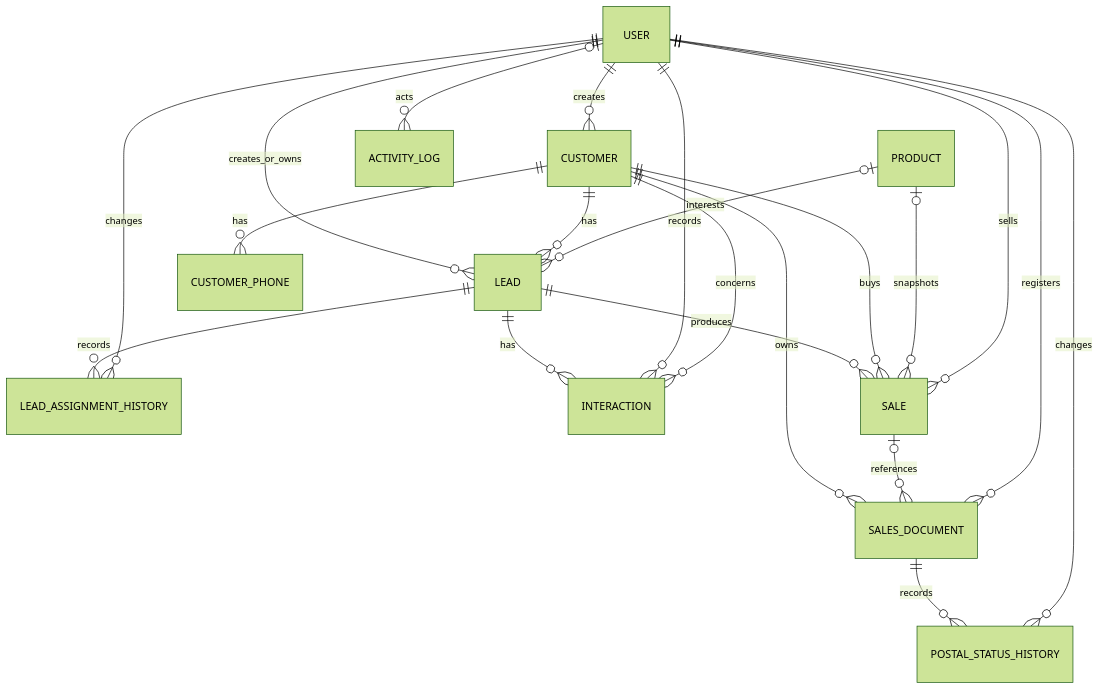
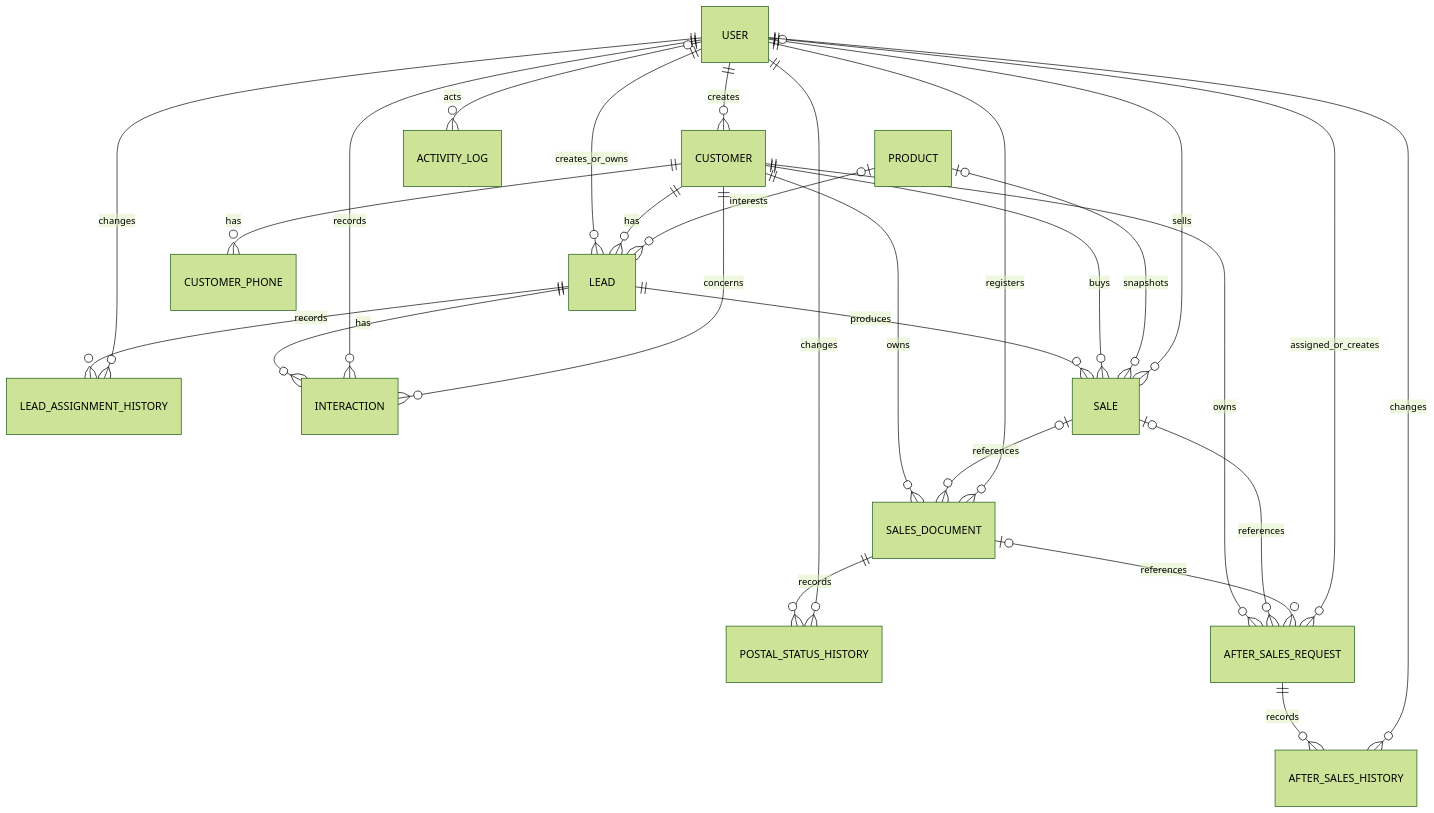
One commit to Ilia-Shakeri/Dolphin changed the diagram in docs/backend/ERD.mmd. Above: the diagram before and after it, drawn with Mermaid (forest theme). The commit also changed 54 other files, not shown here.

First line of the commit message:
feat(aftersales): implement after-sales request management with CRUD operations, history tracking, and role-based access control

```diff
--- a/docs/backend/ERD.mmd
+++ b/docs/backend/ERD.mmd
@@ -1,21 +1,27 @@
 erDiagram
     USER ||--o{ CUSTOMER : creates
     USER ||--o{ LEAD : creates_or_owns
     CUSTOMER ||--o{ CUSTOMER_PHONE : has
     CUSTOMER ||--o{ LEAD : has
     PRODUCT o|--o{ LEAD : interests
     LEAD ||--o{ LEAD_ASSIGNMENT_HISTORY : records
     USER ||--o{ LEAD_ASSIGNMENT_HISTORY : changes
     LEAD ||--o{ INTERACTION : has
     USER ||--o{ INTERACTION : records
     CUSTOMER ||--o{ INTERACTION : concerns
     LEAD ||--o{ SALE : produces
     CUSTOMER ||--o{ SALE : buys
     PRODUCT o|--o{ SALE : snapshots
     USER ||--o{ SALE : sells
     CUSTOMER ||--o{ SALES_DOCUMENT : owns
     SALE o|--o{ SALES_DOCUMENT : references
     USER ||--o{ SALES_DOCUMENT : registers
     SALES_DOCUMENT ||--o{ POSTAL_STATUS_HISTORY : records
     USER ||--o{ POSTAL_STATUS_HISTORY : changes
+    CUSTOMER ||--o{ AFTER_SALES_REQUEST : owns
+    SALE o|--o{ AFTER_SALES_REQUEST : references
+    SALES_DOCUMENT o|--o{ AFTER_SALES_REQUEST : references
+    USER o|--o{ AFTER_SALES_REQUEST : assigned_or_creates
+    AFTER_SALES_REQUEST ||--o{ AFTER_SALES_HISTORY : records
+    USER ||--o{ AFTER_SALES_HISTORY : changes
     USER o|--o{ ACTIVITY_LOG : acts
```
